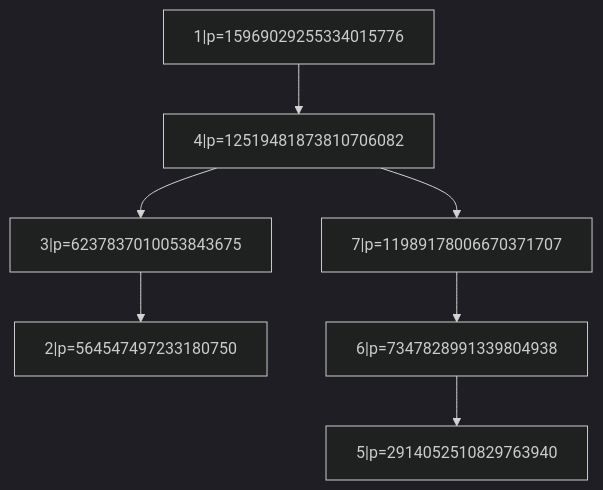
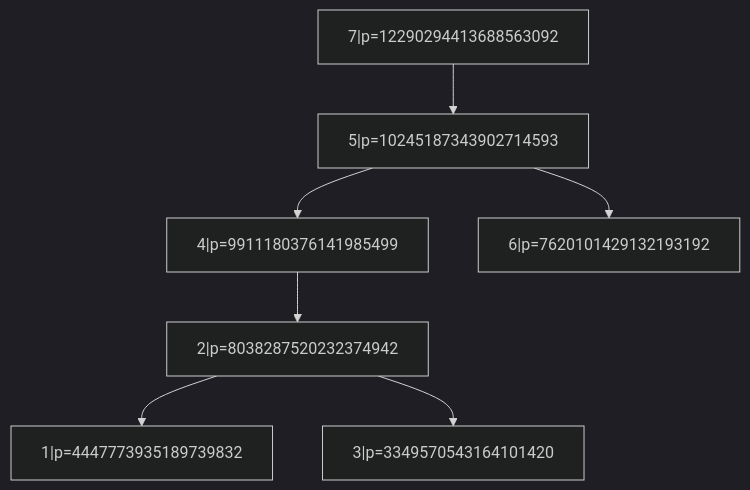
One commit to GuLicheng/Leviathan changed the third of 6 diagrams in visual.md. Above: the diagram before and after it, drawn with Mermaid (dark theme). The commit also changed other lines of this file and 6 other files, not shown here.

````diff
--- a/visual.md
+++ b/visual.md
@@ -41,16 +41,16 @@
 ```mermaid
 flowchart TD
-2734504735080["1|p=15969029255334015776"]
-2734504735080 --> 2734504735488
-2734504735488["4|p=12519481873810706082"]
-2734504735488 --> 2734504735352
-2734504735488 --> 2734504735896
-2734504735352["3|p=6237837010053843675"]
-2734504735352 --> 2734504735216
-2734504735216["2|p=564547497233180750"]
-2734504735896["7|p=11989178006670371707"]
-2734504735896 --> 2734504735760
-2734504735760["6|p=7347828991339804938"]
-2734504735760 --> 2734504735624
-2734504735624["5|p=2914052510829763940"]
+2999937463080["7|p=12290294413688563092"]
+2999937463080 --> 2999937462808
+2999937462808["5|p=10245187343902714593"]
+2999937462808 --> 2999937462672
+2999937462808 --> 2999937462944
+2999937462672["4|p=9911180376141985499"]
+2999937462672 --> 2999937462400
+2999937462400["2|p=8038287520232374942"]
+2999937462400 --> 2999937462264
+2999937462400 --> 2999937462536
+2999937462264["1|p=4447773935189739832"]
+2999937462536["3|p=3349570543164101420"]
+2999937462944["6|p=7620101429132193192"]
 ```
````
